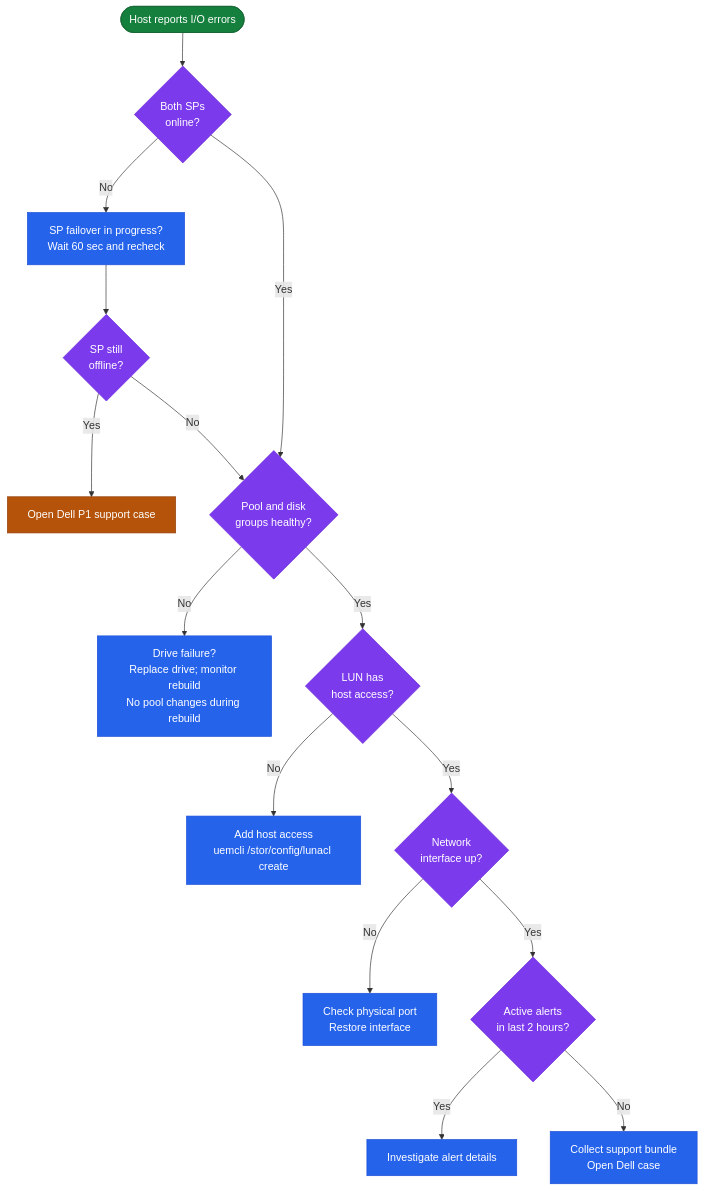
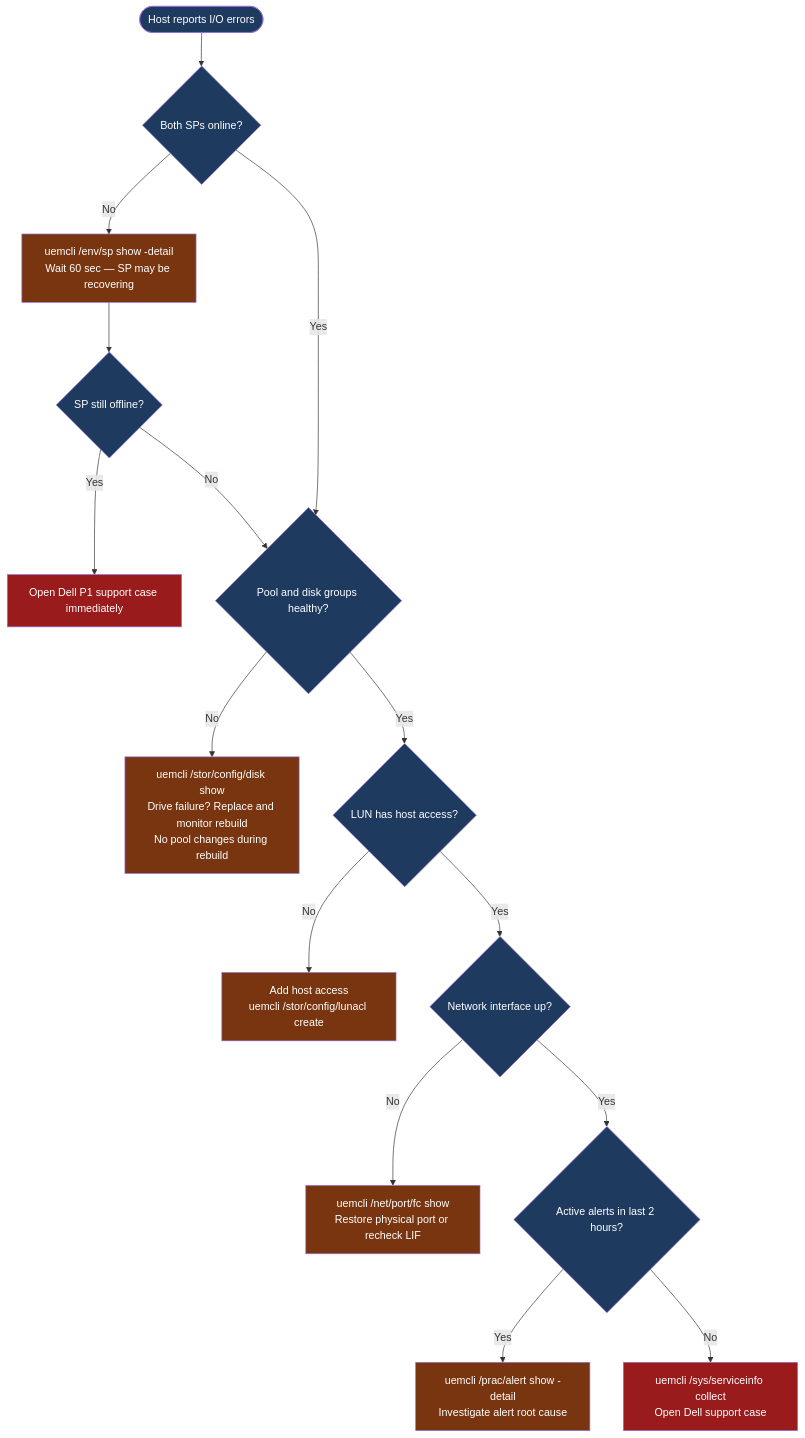
The diagram in docs/storage/dell/unity/troubleshooting/diagnostics.md (canast01/chris-kb), drawn with Mermaid before and after one commit. The commit also changed other lines of this file and 1 other file, not shown here.

````diff
--- a/docs/storage/dell/unity/troubleshooting/diagnostics.md
+++ b/docs/storage/dell/unity/troubleshooting/diagnostics.md
@@ -403,25 +65,24 @@
 ```mermaid
 graph TD
-  START(["Host reports I/O errors"]) --> SP{Both SPs\nonline?}
-  SP -->|No| SPCK["SP failover in progress?\nWait 60 sec and recheck"]
-  SPCK --> SPSTILL{SP still\noffline?}
-  SPSTILL -->|Yes| P1["Open Dell P1 support case"]
-  SPSTILL -->|No| POOL
-  SP -->|Yes| POOL{Pool and disk\ngroups healthy?}
-  POOL -->|No| DRIVE["Drive failure?\nReplace drive; monitor rebuild\nNo pool changes during rebuild"]
-  POOL -->|Yes| ACL{LUN has\nhost access?}
-  ACL -->|No| ADDACL["Add host access\nuemcli /stor/config/lunacl create"]
-  ACL -->|Yes| NIC{Network\ninterface up?}
-  NIC -->|No| NICFIX["Check physical port\nRestore interface"]
-  NIC -->|Yes| ALT{Active alerts\nin last 2 hours?}
-  ALT -->|Yes| ALINV["Investigate alert details"]
-  ALT -->|No| BUNDLE["Collect support bundle\nOpen Dell case"]
-  classDef decision fill:#7c3aed,stroke:#6d28d9,color:#fff
-  classDef action fill:#2563eb,stroke:#1d4ed8,color:#fff
-  classDef warn fill:#b45309,stroke:#92400e,color:#fff
-  classDef term fill:#15803d,stroke:#166534,color:#fff
-  class SP,SPSTILL,POOL,ACL,NIC,ALT decision
-  class SPCK,DRIVE,ADDACL,NICFIX,ALINV,BUNDLE action
-  class P1 warn
-  class START term
+    START(["Host reports I/O errors"]) --> SP{Both SPs online?}
+    SP -->|No| SPCK["uemcli /env/sp show -detail\nWait 60 sec — SP may be recovering"]
+    SPCK --> SPSTILL{SP still offline?}
+    SPSTILL -->|Yes| P1["Open Dell P1 support case immediately"]
+    SPSTILL -->|No| POOL
+    SP -->|Yes| POOL{Pool and disk groups healthy?}
+    POOL -->|No| DRIVE["uemcli /stor/config/disk show\nDrive failure? Replace and monitor rebuild\nNo pool changes during rebuild"]
+    POOL -->|Yes| ACL{LUN has host access?}
+    ACL -->|No| ADDACL["Add host access\nuemcli /stor/config/lunacl create"]
+    ACL -->|Yes| NIC{Network interface up?}
+    NIC -->|No| NICFIX["uemcli /net/port/fc show\nRestore physical port or recheck LIF"]
+    NIC -->|Yes| ALT{Active alerts in last 2 hours?}
+    ALT -->|Yes| ALINV["uemcli /prac/alert show -detail\nInvestigate alert root cause"]
+    ALT -->|No| BUNDLE["uemcli /sys/serviceinfo collect\nOpen Dell support case"]
+
+    classDef dark fill:#1e3a5f,color:#fff
+    classDef action fill:#78350f,color:#fff
+    classDef escalate fill:#991b1b,color:#fff
+    class START,SP,SPSTILL,POOL,ACL,NIC,ALT dark
+    class SPCK,DRIVE,ADDACL,NICFIX,ALINV action
+    class P1,BUNDLE escalate
 ```
````
